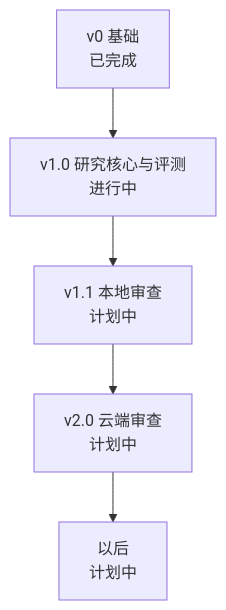
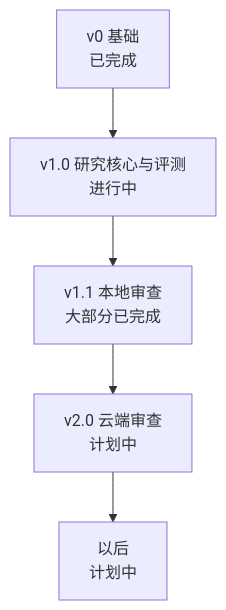
One commit to Pleasurecruise/eyeful changed the diagram in docs/zh/ROADMAP.md. Above: the diagram before and after it, drawn with Mermaid. The commit also changed other lines of this file and 86 other files, not shown here.

````diff
--- a/docs/zh/ROADMAP.md
+++ b/docs/zh/ROADMAP.md
@@ -7,7 +7,7 @@
 ```mermaid
 flowchart TB
     v0["v0 基础<br/>已完成"] --> v1["v1.0 研究核心与评测<br/>进行中"]
-    v1 --> v11["v1.1 本地审查<br/>计划中"]
+    v1 --> v11["v1.1 本地审查<br/>大部分已完成"]
     v11 --> v2["v2.0 云端审查<br/>计划中"]
     v2 --> later["以后<br/>计划中"]
 ```
````
